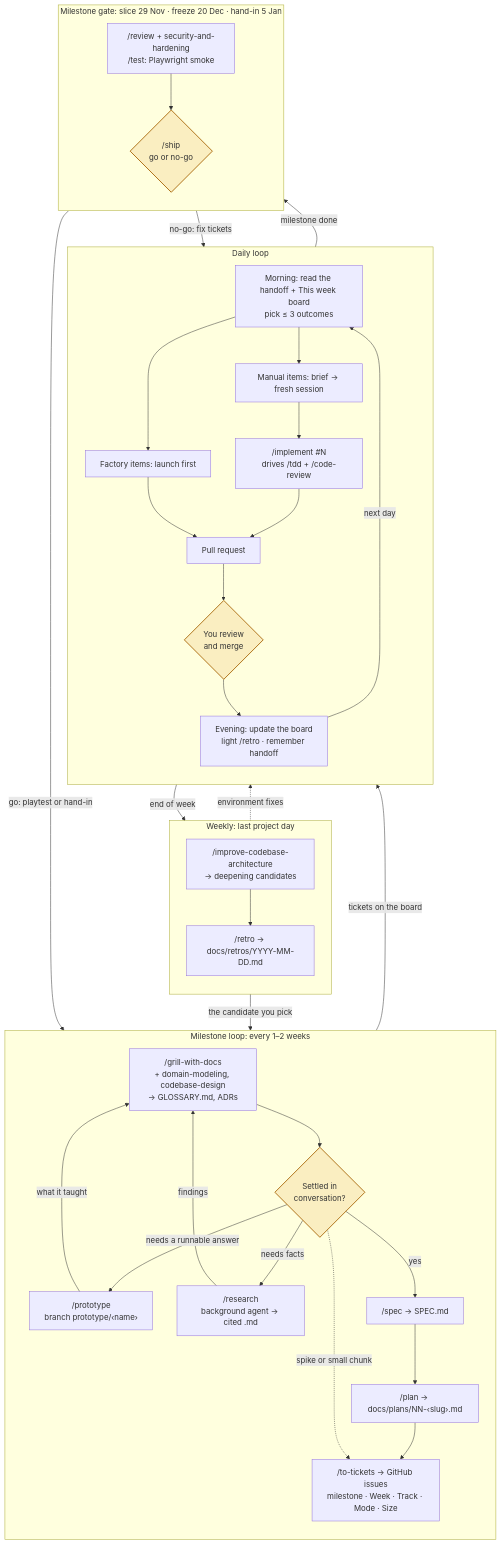
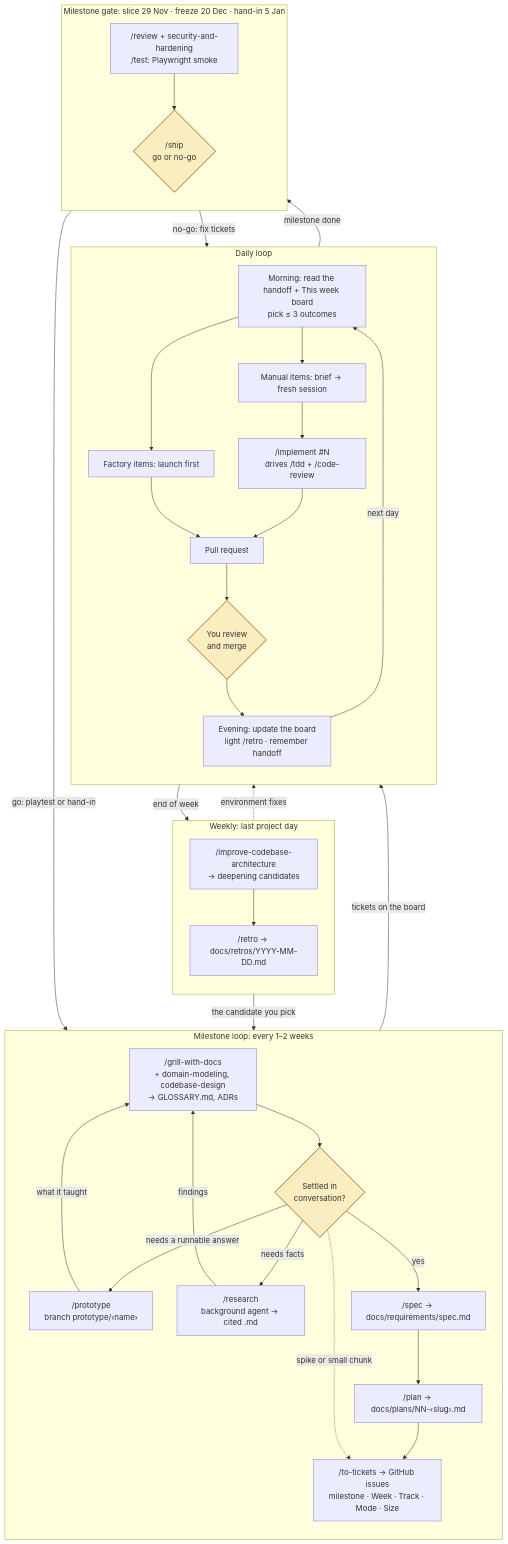
Before and after one commit to sssoto17/sunny-pastures: the diagram in docs/diagrams/workflow.md, drawn with Mermaid. The commit also changed other lines of this file and 3 other files, not shown here.

````diff
--- a/docs/diagrams/workflow.md
+++ b/docs/diagrams/workflow.md
@@ -12,61 +12,61 @@
 ```mermaid
 flowchart TB
   subgraph M["Milestone loop: every 1–2 weeks"]
     direction TB
     G["/grill-with-docs<br/>+ domain-modeling, codebase-design<br/>→ GLOSSARY.md, ADRs"]
     Q{"Settled in<br/>conversation?"}
     P["/prototype<br/>branch prototype/‹name›"]
     R["/research<br/>background agent → cited .md"]
-    S["/spec → SPEC.md"]
+    S["/spec → docs/requirements/spec.md"]
     PL["/plan → docs/plans/NN-‹slug›.md"]
     T["/to-tickets → GitHub issues<br/>milestone · Week · Track · Mode · Size"]
     G --> Q
     Q -- "needs a runnable answer" --> P
     P -- "what it taught" --> G
     Q -- "needs facts" --> R
     R -- "findings" --> G
     Q -- "yes" --> S --> PL --> T
     Q -. "spike or small chunk" .-> T
   end
 
   subgraph D["Daily loop"]
     direction TB
     AM["Morning: read the handoff + This week board<br/>pick ≤ 3 outcomes"]
     F["Factory items: launch first"]
     B["Manual items: brief → fresh session"]
     I["/implement #N<br/>drives /tdd + /code-review"]
     PR["Pull request"]
     MR{"You review<br/>and merge"}
     PM["Evening: update the board<br/>light /retro · remember handoff"]
     AM --> F
     AM --> B
     F --> PR
     B --> I --> PR --> MR --> PM
   end
 
   subgraph W["Weekly: last project day"]
     direction TB
     ICA["/improve-codebase-architecture<br/>→ deepening candidates"]
     RT["/retro → docs/retros/YYYY-MM-DD.md"]
   end
 
   subgraph GATE["Milestone gate: slice 29 Nov · freeze 20 Dec · hand-in 5 Jan"]
     direction TB
     RV["/review + security-and-hardening<br/>/test: Playwright smoke"]
     SH{"/ship<br/>go or no-go"}
     RV --> SH
   end
 
   T -- "tickets on the board" --> AM
   PM -- "next day" --> AM
   PM -- "end of week" --> ICA
   ICA -- "the candidate you pick" --> G
   ICA --> RT
   RT -. "environment fixes" .-> D
   PM -- "milestone done" --> RV
   SH -- "go: playtest or hand-in" --> G
   SH -- "no-go: fix tickets" --> AM
 
   classDef decide fill:#e3ab4b33,stroke:#b0731a,stroke-width:2px
   class Q,MR,SH decide
 ```
````
